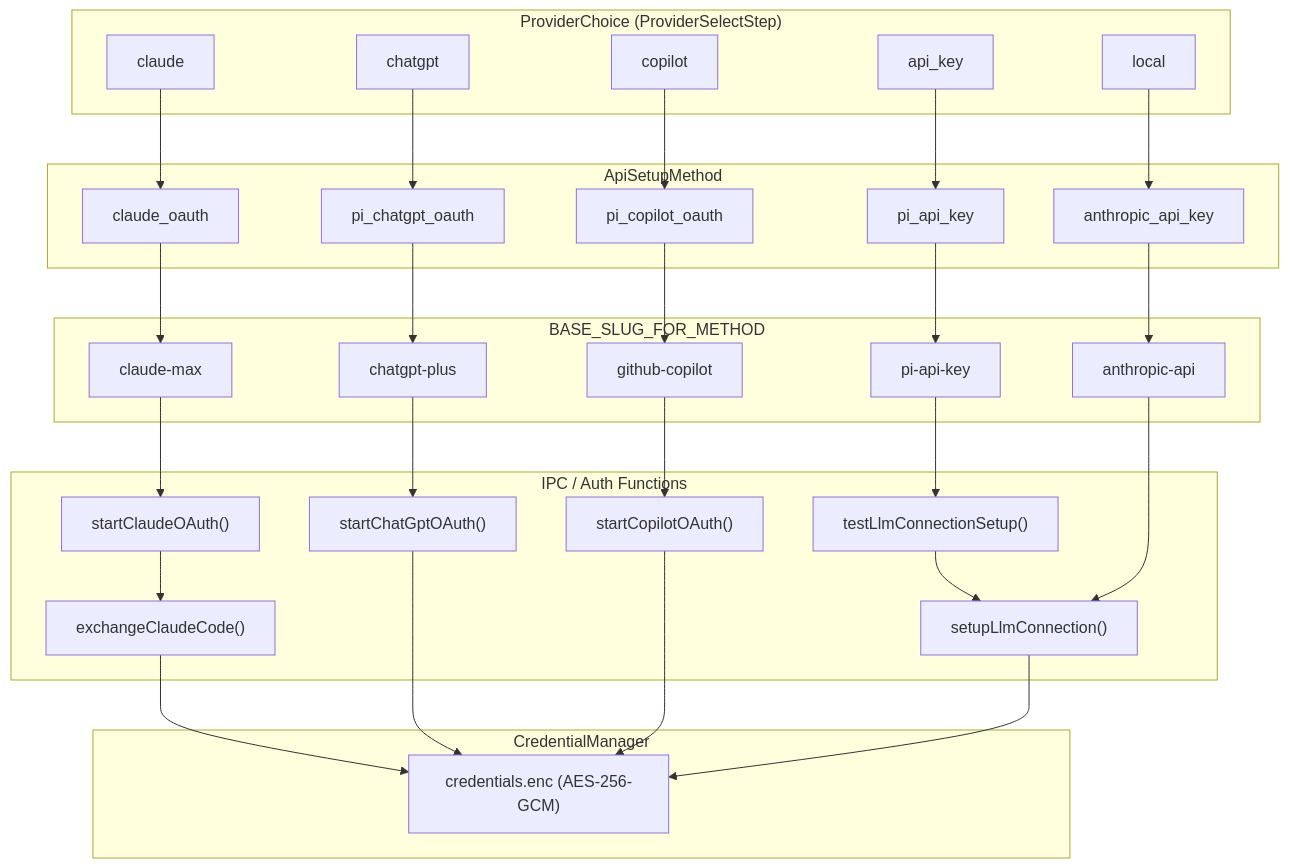
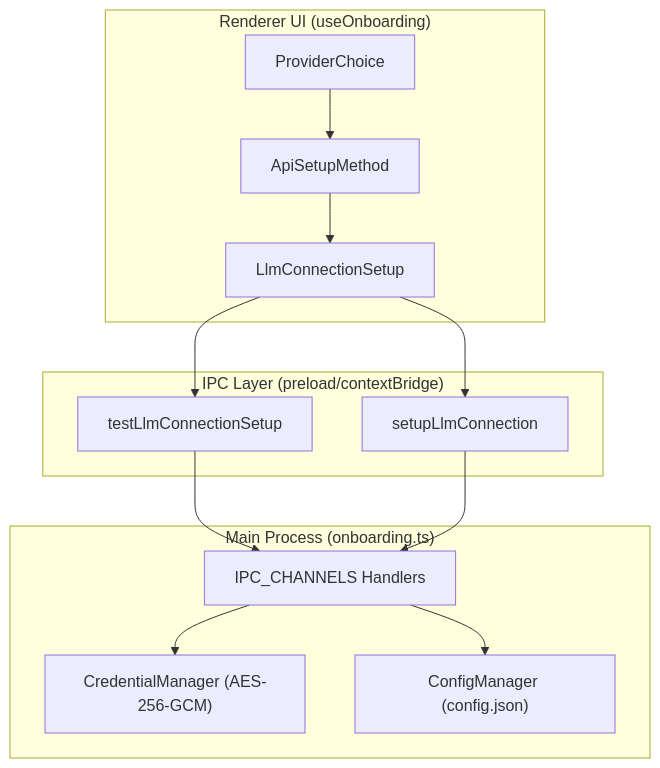
One commit to blackcater/zentree changed the second of 2 diagrams in docs/lukilabs_craft-agents-oss/getting-started/index.md. Above: the diagram before and after it, drawn with Mermaid. The commit also changed other lines of this file and 232 other files, not shown here.

````diff
--- a/docs/lukilabs_craft-agents-oss/getting-started/index.md
+++ b/docs/lukilabs_craft-agents-oss/getting-started/index.md
@@ -83,49 +80,28 @@
 ```mermaid
 graph TB
-    subgraph "ProviderChoice (ProviderSelectStep)"
-        claude["claude"]
-        chatgpt["chatgpt"]
-        copilot["copilot"]
-        api_key["api_key"]
-        local["local"]
+    subgraph "Renderer UI (useOnboarding)"
+        choice["ProviderChoice"]
+        method["ApiSetupMethod"]
+        setup["LlmConnectionSetup"]
     end
 
-    subgraph "ApiSetupMethod"
-        claude_oauth["claude_oauth"]
-        pi_chatgpt_oauth["pi_chatgpt_oauth"]
-        pi_copilot_oauth["pi_copilot_oauth"]
-        pi_api_key["pi_api_key"]
-        anthropic_api_key["anthropic_api_key"]
+    subgraph "IPC Layer (preload/contextBridge)"
+        testConn["testLlmConnectionSetup"]
+        saveConn["setupLlmConnection"]
     end
 
-    subgraph "BASE_SLUG_FOR_METHOD"
-        slug_claude["claude-max"]
-        slug_chatgpt["chatgpt-plus"]
-        slug_copilot["github-copilot"]
-        slug_pi["pi-api-key"]
-        slug_anthropic["anthropic-api"]
+    subgraph "Main Process (onboarding.ts)"
+        handler["IPC_CHANNELS Handlers"]
+        credMgr["CredentialManager (AES-256-GCM)"]
+        configMgr["ConfigManager (config.json)"]
     end
 
-    subgraph "IPC / Auth Functions"
-        startClaudeOAuth["startClaudeOAuth()"]
-        exchangeClaudeCode["exchangeClaudeCode()"]
-        startChatGptOAuth["startChatGptOAuth()"]
-        startCopilotOAuth["startCopilotOAuth()"]
-        testLlmConnectionSetup["testLlmConnectionSetup()"]
-        setupLlmConnection["setupLlmConnection()"]
-    end
-
-    subgraph "CredentialManager"
-        creds["credentials.enc (AES-256-GCM)"]
-    end
-
-    claude --> claude_oauth --> slug_claude --> startClaudeOAuth
-    startClaudeOAuth --> exchangeClaudeCode --> creds
-
-    chatgpt --> pi_chatgpt_oauth --> slug_chatgpt --> startChatGptOAuth --> creds
-
-    copilot --> pi_copilot_oauth --> slug_copilot --> startCopilotOAuth --> creds
-
-    api_key --> pi_api_key --> slug_pi --> testLlmConnectionSetup --> setupLlmConnection --> creds
-    local --> anthropic_api_key --> slug_anthropic --> setupLlmConnection
+    choice --> method
+    method --> setup
+    setup --> testConn
+    setup --> saveConn
+    testConn --> handler
+    saveConn --> handler
+    handler --> credMgr
+    handler --> configMgr
 ```
````
